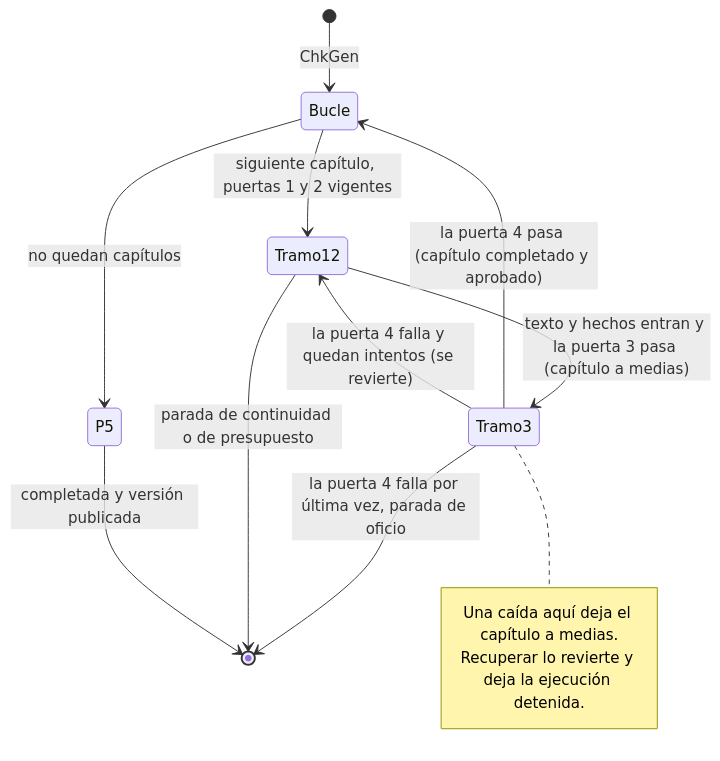
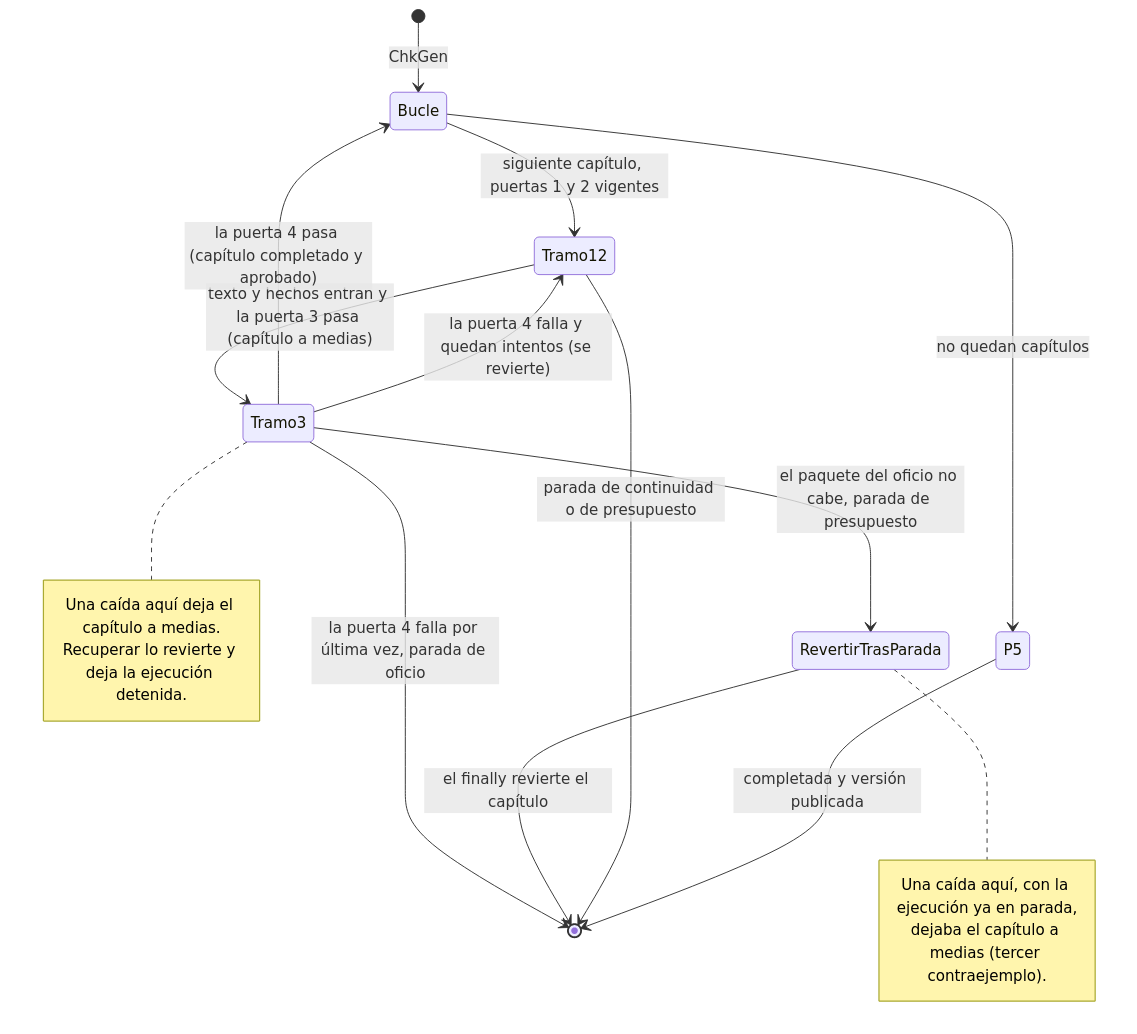
One commit to HaroldSebastianqaracter/novelas-de-horror-espacial changed the fourth of 5 diagrams in docs/proceso/diagramas.md. Above: the diagram before and after it, drawn with Mermaid. The commit also changed 23 other files, not shown here.

````diff
--- a/docs/proceso/diagramas.md
+++ b/docs/proceso/diagramas.md
@@ -102,16 +102,22 @@
 ```mermaid
 stateDiagram-v2
   [*] --> Bucle: ChkGen
   Bucle --> Tramo12: siguiente capítulo, puertas 1 y 2 vigentes
   Tramo12 --> Tramo3: texto y hechos entran y la puerta 3 pasa (capítulo a medias)
   Tramo3 --> Bucle: la puerta 4 pasa (capítulo completado y aprobado)
   Tramo3 --> Tramo12: la puerta 4 falla y quedan intentos (se revierte)
   Tramo3 --> [*]: la puerta 4 falla por última vez, parada de oficio
+  Tramo3 --> RevertirTrasParada: el paquete del oficio no cabe, parada de presupuesto
+  RevertirTrasParada --> [*]: el finally revierte el capítulo
   Tramo12 --> [*]: parada de continuidad o de presupuesto
   Bucle --> P5: no quedan capítulos
   P5 --> [*]: completada y versión publicada
   note right of Tramo3
     Una caída aquí deja el capítulo a medias.
     Recuperar lo revierte y deja la ejecución detenida.
   end note
+  note right of RevertirTrasParada
+    Una caída aquí, con la ejecución ya en parada,
+    dejaba el capítulo a medias (tercer contraejemplo).
+  end note
 ```
````
